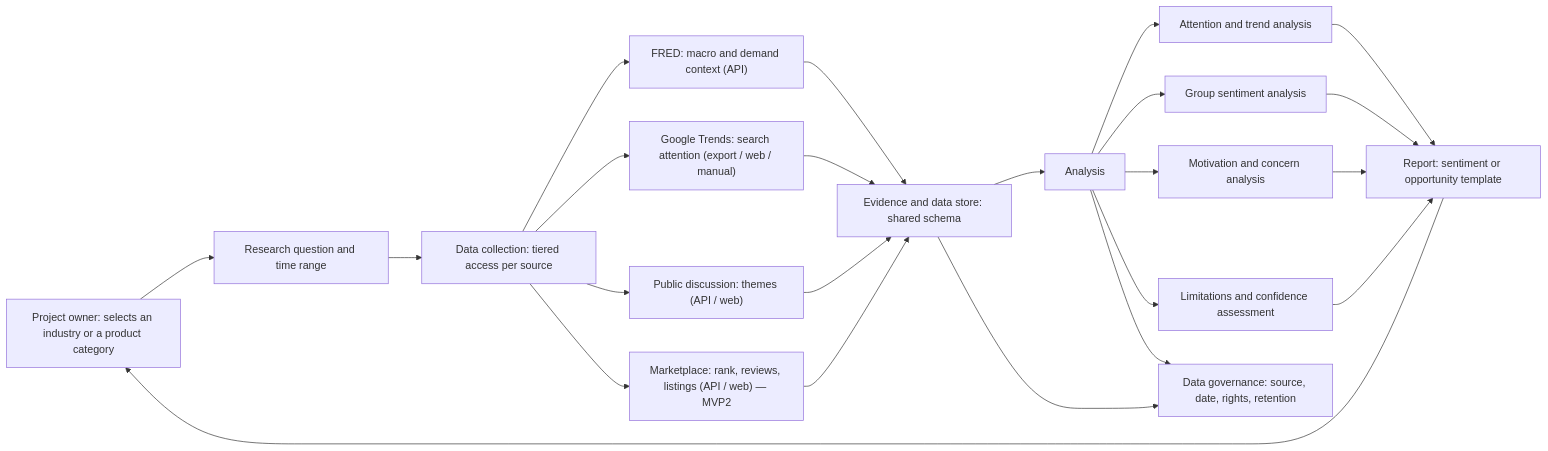
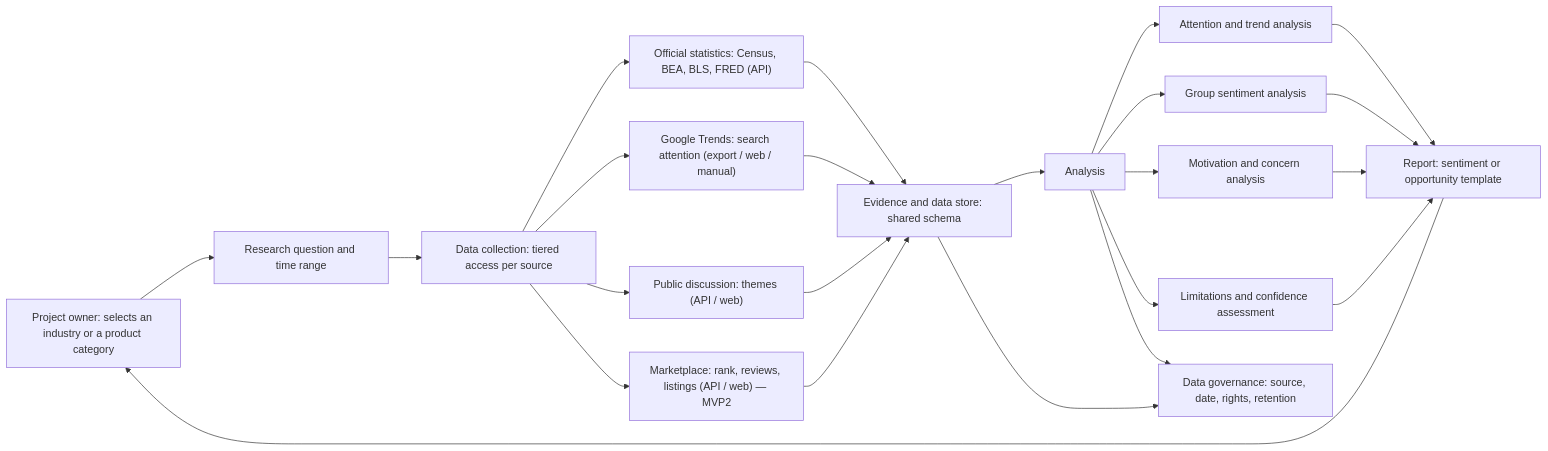
One commit to brucewangjp/marketing_personal_analysis changed the diagram in docs/04_Architecture/00_System_Architecture.md. Above: the diagram before and after it, drawn with Mermaid. The commit also changed other lines of this file and 4 other files, not shown here.

First line of the commit message:
Add free official statistics as MVP2's measured sales source

````diff
--- a/docs/04_Architecture/00_System_Architecture.md
+++ b/docs/04_Architecture/00_System_Architecture.md
@@ -25,30 +25,30 @@
 ```mermaid
 flowchart LR
     U["Project owner: selects an industry or a product category"] --> Q["Research question and time range"]
 
     Q --> C["Data collection: tiered access per source"]
-    C --> F["FRED: macro and demand context (API)"]
+    C --> F["Official statistics: Census, BEA, BLS, FRED (API)"]
     C --> G["Google Trends: search attention (export / web / manual)"]
     C --> D["Public discussion: themes (API / web)"]
     C --> K["Marketplace: rank, reviews, listings (API / web) — MVP2"]
 
     F --> E["Evidence and data store: shared schema"]
     G --> E
     D --> E
     K --> E
 
     E --> A["Analysis"]
     A --> T["Attention and trend analysis"]
     A --> S["Group sentiment analysis"]
     A --> M["Motivation and concern analysis"]
     A --> L["Limitations and confidence assessment"]
 
     T --> R["Report: sentiment or opportunity template"]
     S --> R
     M --> R
     L --> R
     R --> U
 
     E --> P["Data governance: source, date, rights, retention"]
     A --> P
 ```
````
